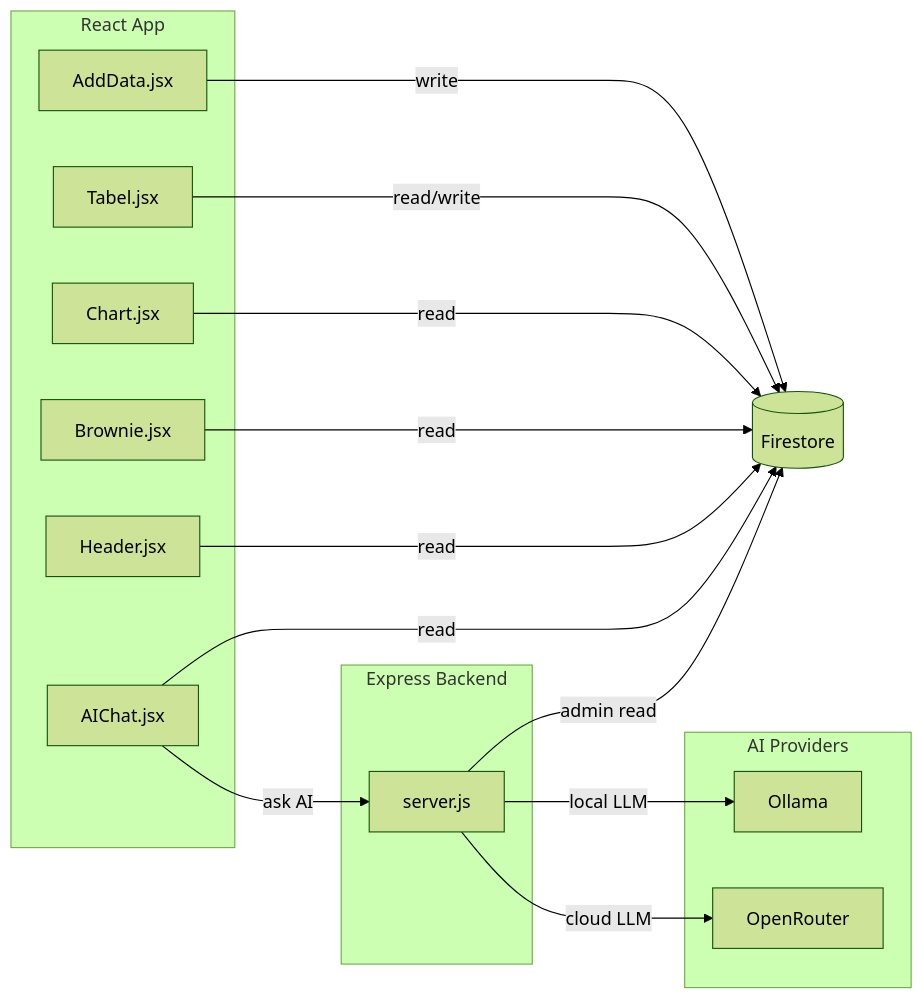
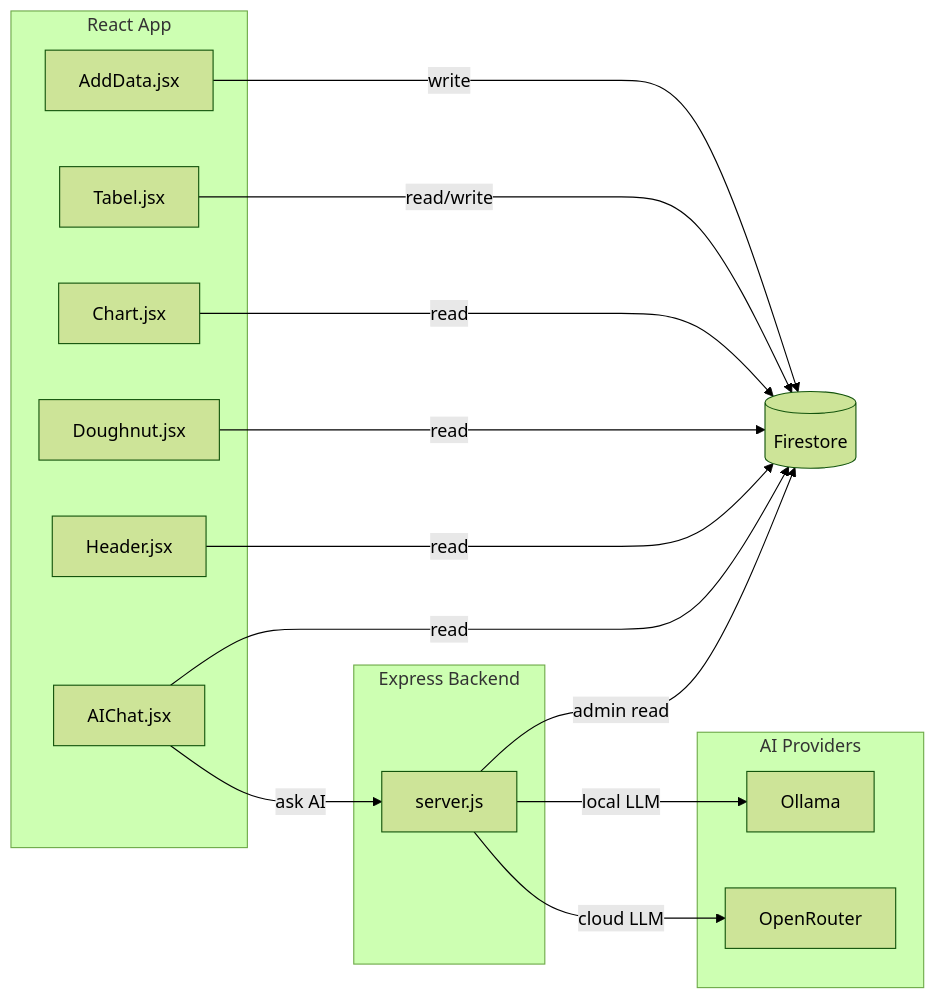
The third of 5 diagrams in README.md (DaffaFIP/FInDash-Pribadi), drawn with Mermaid (forest theme) before and after one commit. The commit also changed other lines of this file and 15 other files, not shown here.

````diff
--- a/README.md
+++ b/README.md
@@ -192,33 +192,33 @@
 ```mermaid
 flowchart LR
     subgraph Client[React App]
         A1[AddData.jsx]
         A2[Tabel.jsx]
         A3[Chart.jsx]
-        A4[Brownie.jsx]
+        A4[Doughnut.jsx]
         A5[Header.jsx]
         A6[AIChat.jsx]
     end
 
     subgraph Server[Express Backend]
         B1[server.js]
     end
 
     subgraph AI[AI Providers]
         C1[Ollama]
         C2[OpenRouter]
     end
 
     DB[(Firestore)]
 
     A1 -- write --> DB
     A2 -- read/write --> DB
     A3 -- read --> DB
     A4 -- read --> DB
     A5 -- read --> DB
     A6 -- read --> DB
     A6 -- ask AI --> B1
     B1 -- admin read --> DB
     B1 -- local LLM --> C1
     B1 -- cloud LLM --> C2
 ```
````
